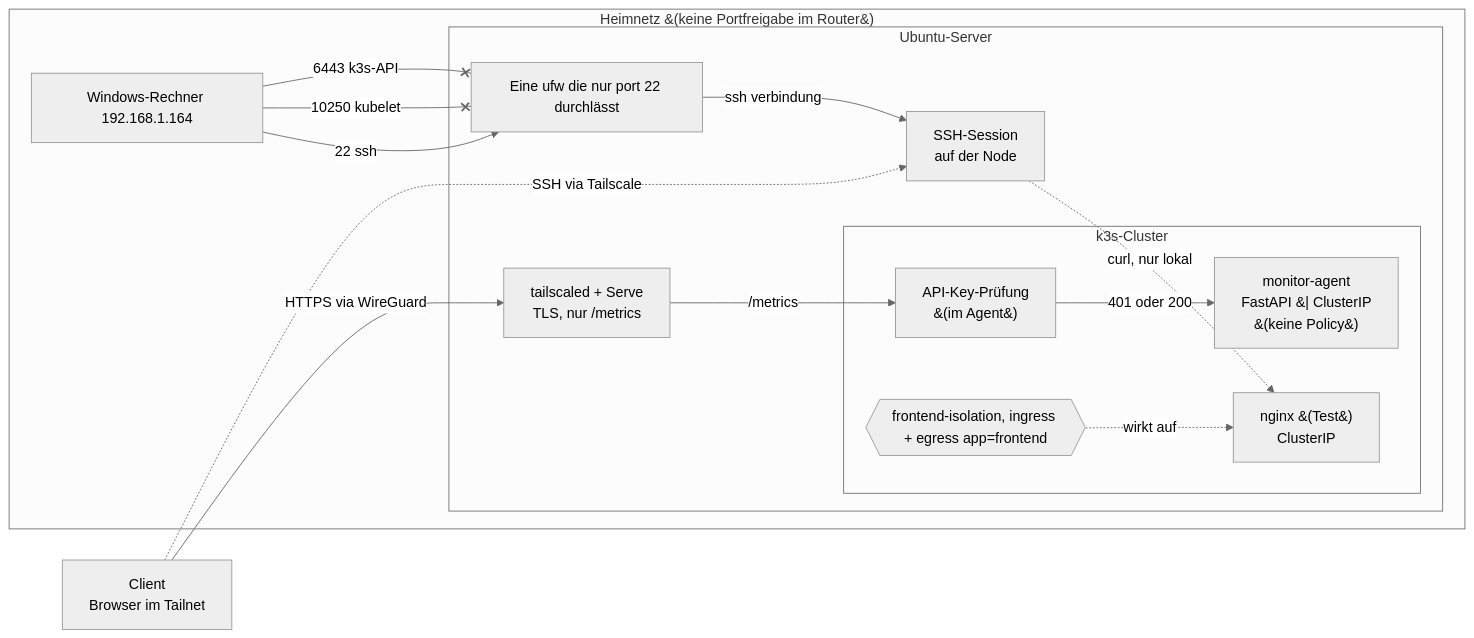
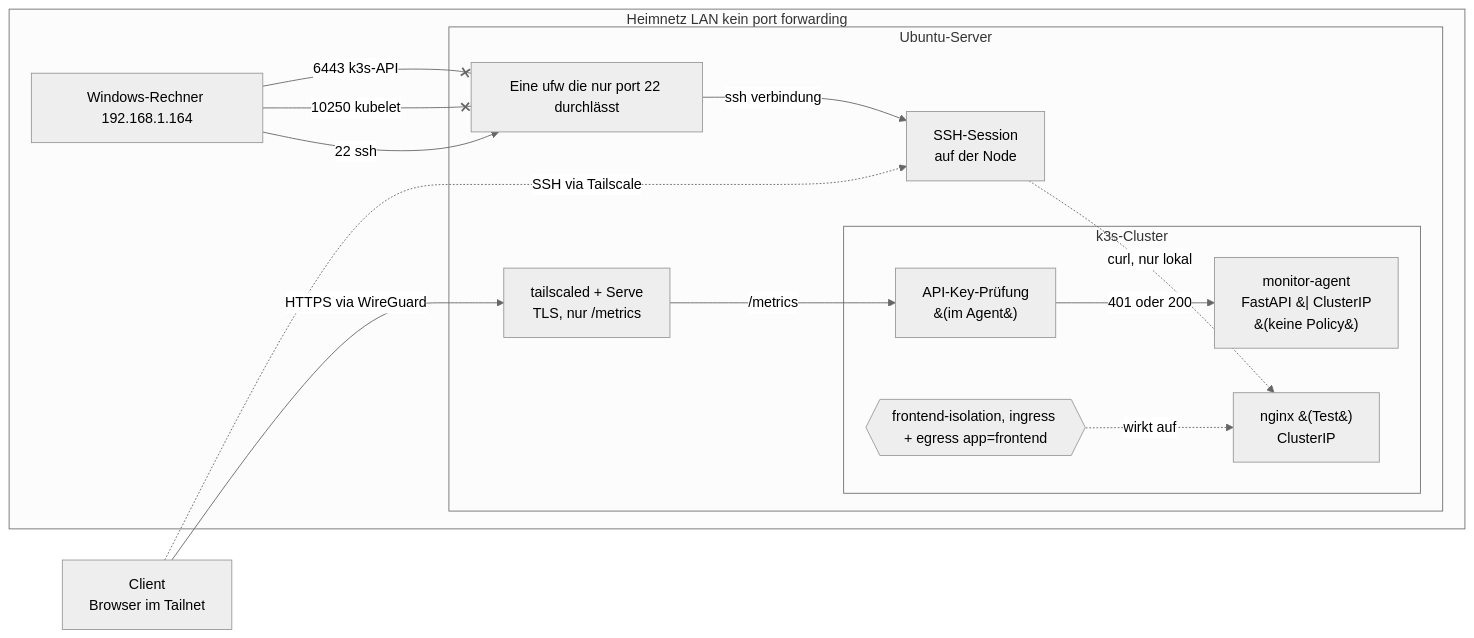
One commit to headnutAi/secure-homelab changed the diagram in README.md. Above: the diagram before and after it, drawn with Mermaid (neutral theme).

````diff
--- a/README.md
+++ b/README.md
@@ -31,32 +31,32 @@
 ```mermaid
 flowchart LR
     client["Client<br/>Browser im Tailnet"]
 
-    subgraph home["Heimnetz &#40;keine Portfreigabe im Router&#41;"]
+    subgraph home["Heimnetz LAN kein port forwarding"]
         device["Windows-Rechner 192.168.1.164"]
         subgraph host["Ubuntu-Server"]
             ufw["Eine ufw die nur port 22 durchlässt"]
             ts["tailscaled + Serve<br/>TLS, nur /metrics"]
             ssh["SSH-Session<br/>auf der Node"]
             
             subgraph k3s["k3s-Cluster"]
                 api["API-Key-Prüfung<br/>&#40;im Agent&#41;"]
                     nginx["nginx &#40;Test&#41;<br/>ClusterIP"]
                     Networkpolicy{{"frontend-isolation, ingress + egress app=frontend"}}
                     Networkpolicy -.-> |"wirkt auf"| nginx
                 
                 mon["monitor-agent<br/>FastAPI &#124; ClusterIP<br/>&#40;keine Policy&#41;"]
             end
             
             ts -->|"/metrics"| api
             api --> |"401 oder 200"| mon
             ssh -.->|"curl, nur lokal"| nginx
         end
     end
     device -->|"22 ssh"| ufw
     device --x|"10250 kubelet"| ufw
     device --x|"6443 k3s-API"| ufw
     ufw -->|"ssh verbindung"| ssh
     client -->|"HTTPS via WireGuard"| ts
     client -.->|"SSH via Tailscale"| ssh
 ```
````
